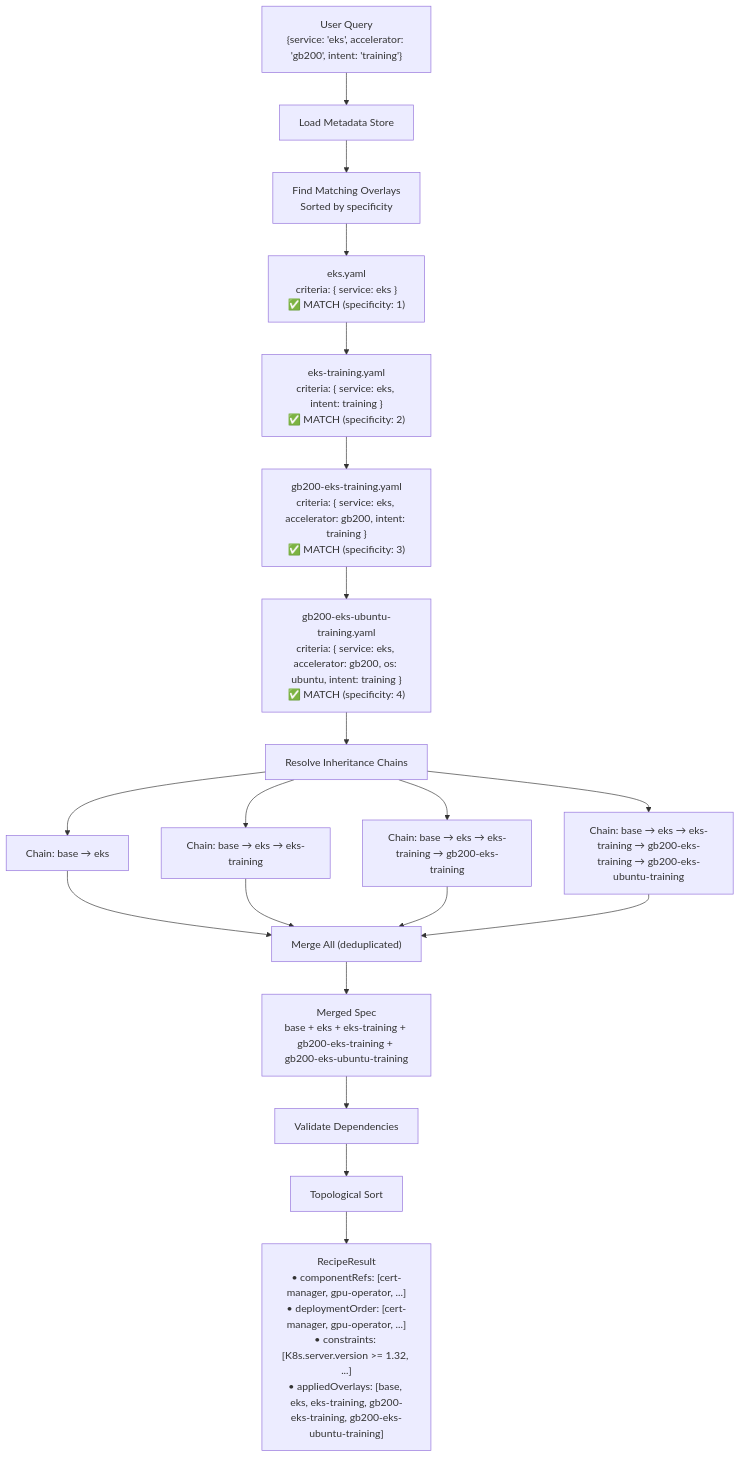
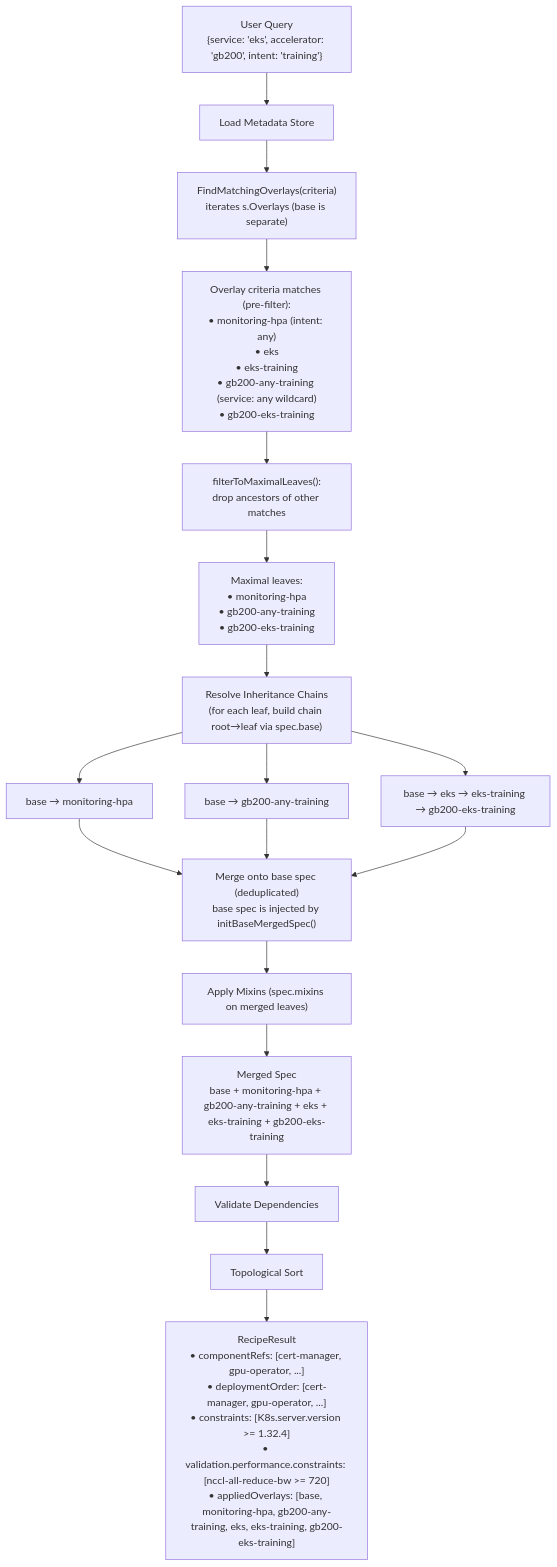
Before and after one commit to NVIDIA/aicr: the first of 2 diagrams in docs/contributor/data.md, drawn with Mermaid. The commit also changed other lines of this file and 3 other files, not shown here.

First line of the commit message:
docs: document criteria-wildcard overlay composition

````diff
--- a/docs/contributor/data.md
+++ b/docs/contributor/data.md
@@ -784,36 +886,34 @@
 ```mermaid
 flowchart TD
     Start["User Query<br/>{service: 'eks', accelerator: 'gb200', intent: 'training'}"]
-    
+
     Start --> Load[Load Metadata Store]
-    
-    Load --> Find["Find Matching Overlays<br/>Sorted by specificity"]
-    
-    Find --> Match1["eks.yaml<br/>criteria: { service: eks }<br/>✅ MATCH (specificity: 1)"]
-    
-    Match1 --> Match2["eks-training.yaml<br/>criteria: { service: eks, intent: training }<br/>✅ MATCH (specificity: 2)"]
-    
-    Match2 --> Match3["gb200-eks-training.yaml<br/>criteria: { service: eks, accelerator: gb200, intent: training }<br/>✅ MATCH (specificity: 3)"]
-    
-    Match3 --> Match4["gb200-eks-ubuntu-training.yaml<br/>criteria: { service: eks, accelerator: gb200, os: ubuntu, intent: training }<br/>✅ MATCH (specificity: 4)"]
-    
-    Match4 --> Resolve["Resolve Inheritance Chains"]
-    
-    Resolve --> Chain1["Chain: base → eks"]
-    Resolve --> Chain2["Chain: base → eks → eks-training"]
-    Resolve --> Chain3["Chain: base → eks → eks-training → gb200-eks-training"]
-    Resolve --> Chain4["Chain: base → eks → eks-training → gb200-eks-training → gb200-eks-ubuntu-training"]
-    
-    Chain1 --> Merge["Merge All (deduplicated)"]
+
+    Load --> Find["FindMatchingOverlays(criteria)<br/>iterates s.Overlays (base is separate)"]
+
+    Find --> RawMatches["Overlay criteria matches (pre-filter):<br/>• monitoring-hpa (intent: any)<br/>• eks<br/>• eks-training<br/>• gb200-any-training (service: any wildcard)<br/>• gb200-eks-training"]
+
+    RawMatches --> Filter["filterToMaximalLeaves():<br/>drop ancestors of other matches"]
+
+    Filter --> Leaves["Maximal leaves:<br/>• monitoring-hpa<br/>• gb200-any-training<br/>• gb200-eks-training"]
+
+    Leaves --> Resolve["Resolve Inheritance Chains<br/>(for each leaf, build chain root→leaf via spec.base)"]
+
+    Resolve --> Chain1["base → monitoring-hpa"]
+    Resolve --> Chain2["base → gb200-any-training"]
+    Resolve --> Chain3["base → eks → eks-training → gb200-eks-training"]
+
+    Chain1 --> Merge["Merge onto base spec (deduplicated)<br/>base spec is injected by initBaseMergedSpec()"]
     Chain2 --> Merge
     Chain3 --> Merge
-    Chain4 --> Merge
-    
-    Merge --> Merged["Merged Spec<br/>base + eks + eks-training + gb200-eks-training + gb200-eks-ubuntu-training"]
-    
+
+    Merge --> Mixins["Apply Mixins (spec.mixins on merged leaves)"]
+
+    Mixins --> Merged["Merged Spec<br/>base + monitoring-hpa + gb200-any-training + eks + eks-training + gb200-eks-training"]
+
     Merged --> Validate["Validate Dependencies"]
-    
+
     Validate --> Sort["Topological Sort"]
-    
-    Sort --> Result["RecipeResult<br/>• componentRefs: [cert-manager, gpu-operator, ...]<br/>• deploymentOrder: [cert-manager, gpu-operator, ...]<br/>• constraints: [K8s.server.version >= 1.32, ...]<br/>• appliedOverlays: [base, eks, eks-training, gb200-eks-training, gb200-eks-ubuntu-training]"]
+
+    Sort --> Result["RecipeResult<br/>• componentRefs: [cert-manager, gpu-operator, ...]<br/>• deploymentOrder: [cert-manager, gpu-operator, ...]<br/>• constraints: [K8s.server.version >= 1.32.4]<br/>• validation.performance.constraints: [nccl-all-reduce-bw >= 720]<br/>• appliedOverlays: [base, monitoring-hpa, gb200-any-training, eks, eks-training, gb200-eks-training]"]
 ```
````
